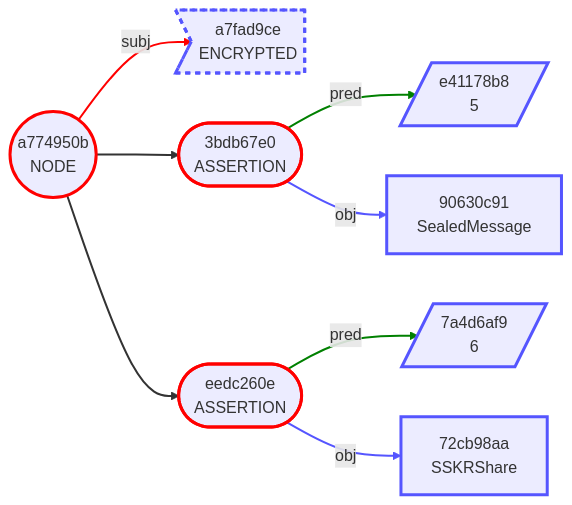
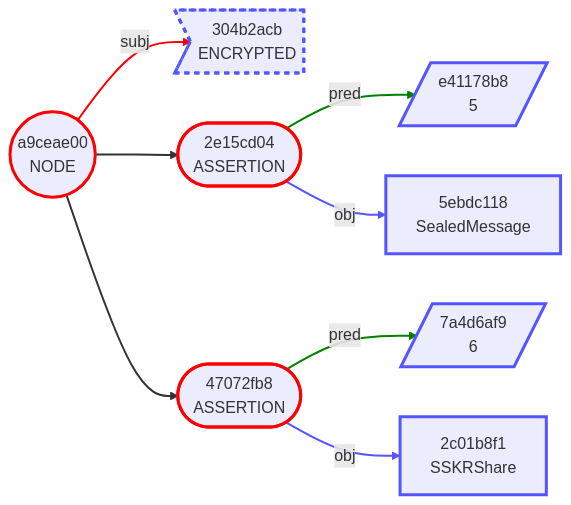
The fifth of 8 diagrams in Envelope/Use-Cases/Healthcare.md (BlockchainCommons/Gordian), drawn with Mermaid before and after one commit. The commit also changed other lines of this file and 5 other files, not shown here.

````diff
--- a/Envelope/Use-Cases/Healthcare.md
+++ b/Envelope/Use-Cases/Healthcare.md
@@ -352,33 +356,33 @@
 ```mermaid
 graph LR
-    1(("a774950b<br/>NODE"))
-    2>"a7fad9ce<br/>ENCRYPTED"]
-    3(["3bdb67e0<br/>ASSERTION"])
+    1(("a9ceae00<br/>NODE"))
+    2>"304b2acb<br/>ENCRYPTED"]
+    3(["2e15cd04<br/>ASSERTION"])
     4[/"e41178b8<br/>5"/]
-    5["90630c91<br/>SealedMessage"]
-    6(["eedc260e<br/>ASSERTION"])
+    5["5ebdc118<br/>SealedMessage"]
+    6(["47072fb8<br/>ASSERTION"])
     7[/"7a4d6af9<br/>6"/]
-    8["72cb98aa<br/>SSKRShare"]
+    8["2c01b8f1<br/>SSKRShare"]
     1 -->|subj| 2
     1 --> 3
     3 -->|pred| 4
     3 -->|obj| 5
     1 --> 6
     6 -->|pred| 7
     6 -->|obj| 8
     style 1 stroke:red,stroke-width:3.0px
     style 2 stroke:#55f,stroke-width:3.0px,stroke-dasharray:5.0 5.0
     style 3 stroke:red,stroke-width:3.0px
     style 4 stroke:#55f,stroke-width:3.0px
     style 5 stroke:#55f,stroke-width:3.0px
     style 6 stroke:red,stroke-width:3.0px
     style 7 stroke:#55f,stroke-width:3.0px
     style 8 stroke:#55f,stroke-width:3.0px
     linkStyle 0 stroke:red,stroke-width:2.0px
     linkStyle 1 stroke-width:2.0px
     linkStyle 2 stroke:green,stroke-width:2.0px
     linkStyle 3 stroke:#55f,stroke-width:2.0px
     linkStyle 4 stroke-width:2.0px
     linkStyle 5 stroke:green,stroke-width:2.0px
     linkStyle 6 stroke:#55f,stroke-width:2.0px
 ```
````
